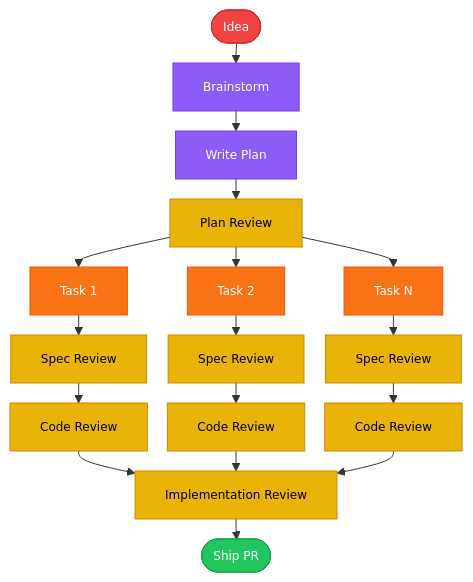
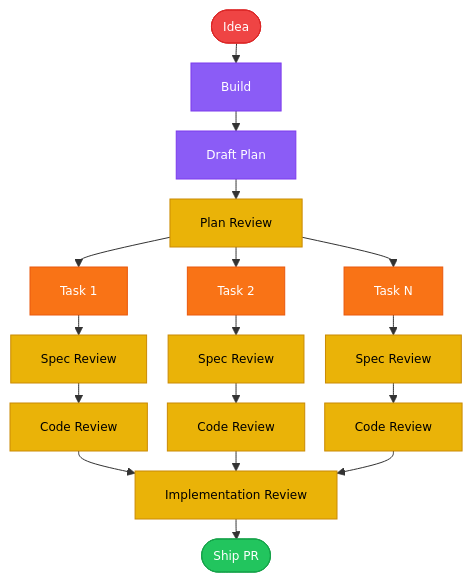
Before and after one commit to nikhilsitaram/claude-caliper: the diagram in README.md, drawn with Mermaid. The commit also changed other lines of this file and 16 other files, not shown here.

First line of the commit message:
refactor: rename skills to build, draft-plan, orchestrate

````diff
--- a/README.md
+++ b/README.md
@@ -21,37 +21,37 @@
 ```mermaid
 %%{init: {'flowchart': {'nodeSpacing': 20, 'rankSpacing': 20}, 'themeVariables': {'fontSize': '12px'}}}%%
 flowchart TD
-    A([Idea]) --> B[Brainstorm]
-    B --> C[Write Plan]
+    A([Idea]) --> B[Build]
+    B --> C[Draft Plan]
     C --> D[Plan Review]
 
     D --> T1[Task 1]
     D --> T2[Task 2]
     D --> TN[Task N]
 
     T1 --> S1[Spec Review]
     S1 --> C1[Code Review]
     T2 --> S2[Spec Review]
     S2 --> C2[Code Review]
     TN --> SN[Spec Review]
     SN --> CN[Code Review]
 
     C1 & C2 & CN --> IR[Implementation Review]
     IR --> Ship([Ship PR])
 
     style A    fill:#ef4444,stroke:#dc2626,color:#fff
     style B    fill:#8b5cf6,stroke:#7c3aed,color:#fff
     style C    fill:#8b5cf6,stroke:#7c3aed,color:#fff
     style D    fill:#eab308,stroke:#ca8a04,color:#000
     style T1   fill:#f97316,stroke:#ea580c,color:#fff
     style T2   fill:#f97316,stroke:#ea580c,color:#fff
     style TN   fill:#f97316,stroke:#ea580c,color:#fff
     style S1   fill:#eab308,stroke:#ca8a04,color:#000
     style C1   fill:#eab308,stroke:#ca8a04,color:#000
     style S2   fill:#eab308,stroke:#ca8a04,color:#000
     style C2   fill:#eab308,stroke:#ca8a04,color:#000
     style SN   fill:#eab308,stroke:#ca8a04,color:#000
     style CN   fill:#eab308,stroke:#ca8a04,color:#000
     style IR   fill:#eab308,stroke:#ca8a04,color:#000
     style Ship fill:#22c55e,stroke:#16a34a,color:#fff
 ```
````
